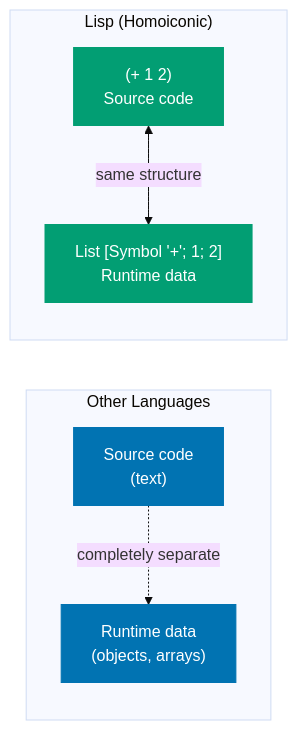
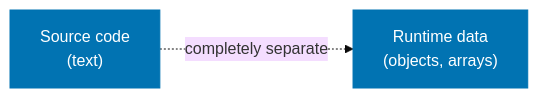
Before and after one commit to wahidyankf/open-sharia-enterprise: the seventh of 10 diagrams in apps/ayokoding-web/content/en/learn/software-engineering/compilers-and-interpreters/lisp-interpreter-in-fsharp/part-1-the-shape-of-lisp.md, drawn with Mermaid (base theme). The commit also changed other lines of this file and 6 other files, not shown here.

First line of the commit message:
fix(ayokoding-web): fix mermaid parse errors and split comparison diagrams

````diff
--- a/apps/ayokoding-web/content/en/learn/software-engineering/compilers-and-interpreters/lisp-interpreter-in-fsharp/part-1-the-shape-of-lisp.md
+++ b/apps/ayokoding-web/content/en/learn/software-engineering/compilers-and-interpreters/lisp-interpreter-in-fsharp/part-1-the-shape-of-lisp.md
@@ -226,21 +228,8 @@
 ```mermaid
 %% Color palette: Blue #0173B2, Orange #DE8F05, Teal #029E73, Purple #CC78BC, Brown #CA9161, Gray #808080
 flowchart LR
-    subgraph Other["Other Languages"]
-        src["Source code\n(text)"]
-        rt["Runtime data\n(objects, arrays)"]
-        src -. "completely separate" .-> rt
-    end
-
-    subgraph Lisp["Lisp (Homoiconic)"]
-        lsrc["(+ 1 2)\nSource code"]
-        lrt["List [Symbol '+'; 1; 2]\nRuntime data"]
-        lsrc <-->|"same structure"| lrt
-    end
+    src["Source code\n(text)"] -. "completely separate" .-> rt["Runtime data\n(objects, arrays)"]
 
     classDef blue fill:#0173B2,color:#fff,stroke:#0173B2
-    classDef teal fill:#029E73,color:#fff,stroke:#029E73
-
     class src,rt blue
-    class lsrc,lrt teal
 ```
````
